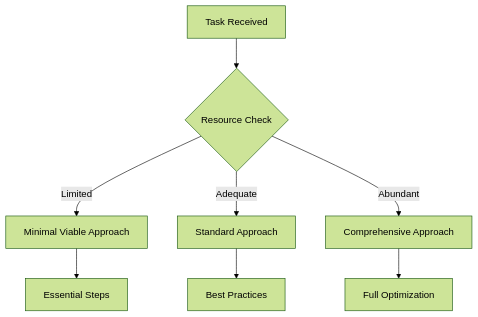
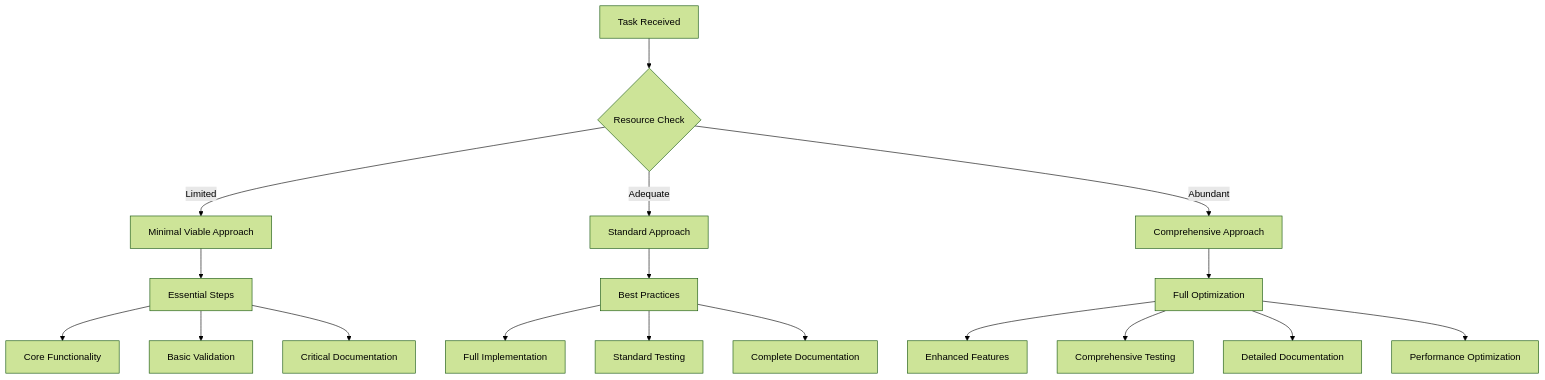
Before and after one commit to seattled23/agency-swarm: the fifth of 28 diagrams in docs/cursor_rules.md, drawn with Mermaid (forest theme). The commit also changed other lines of this file, not shown here.

````diff
--- a/docs/cursor_rules.md
+++ b/docs/cursor_rules.md
@@ -100,10 +273,23 @@
 ```mermaid
 graph TD
     A[Task Received] --> B{Resource Check}
     B -->|Limited| C[Minimal Viable Approach]
     B -->|Adequate| D[Standard Approach]
     B -->|Abundant| E[Comprehensive Approach]
+
     C --> F[Essential Steps]
+    F --> F1[Core Functionality]
+    F --> F2[Basic Validation]
+    F --> F3[Critical Documentation]
+
     D --> G[Best Practices]
+    G --> G1[Full Implementation]
+    G --> G2[Standard Testing]
+    G --> G3[Complete Documentation]
+
     E --> H[Full Optimization]
+    H --> H1[Enhanced Features]
+    H --> H2[Comprehensive Testing]
+    H --> H3[Detailed Documentation]
+    H --> H4[Performance Optimization]
 ```
````
